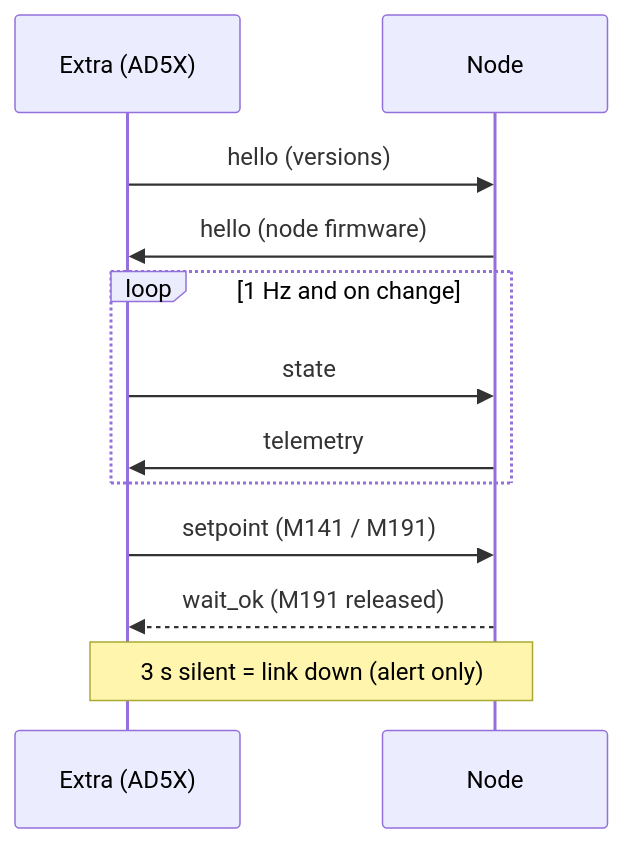
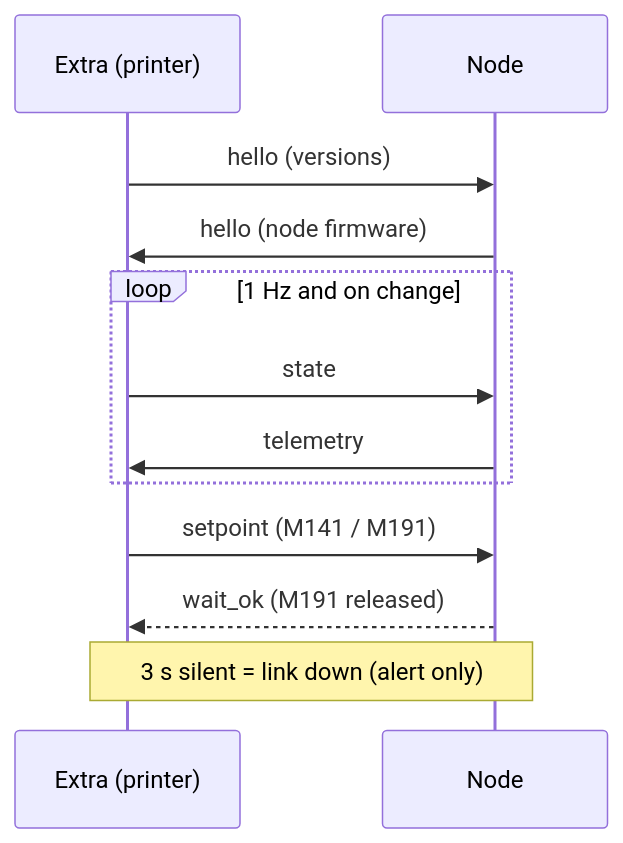
The sixth of 11 diagrams in docs/07_firmware_and_comms.md (BashfulBits/3dp-fleet-exhaust), drawn with Mermaid before and after one commit. The commit also changed other lines of this file and 40 other files, not shown here.

````diff
--- a/docs/07_firmware_and_comms.md
+++ b/docs/07_firmware_and_comms.md
@@ -242,14 +240,14 @@
 ```mermaid
 sequenceDiagram
-  participant X as Extra (AD5X)
+  participant X as Extra (printer)
   participant N as Node
   X->>N: hello (versions)
   N->>X: hello (node firmware)
   loop 1 Hz and on change
     X->>N: state
     N->>X: telemetry
   end
   X->>N: setpoint (M141 / M191)
   N-->>X: wait_ok (M191 released)
   Note over X,N: 3 s silent = link down (alert only)
 ```
````
